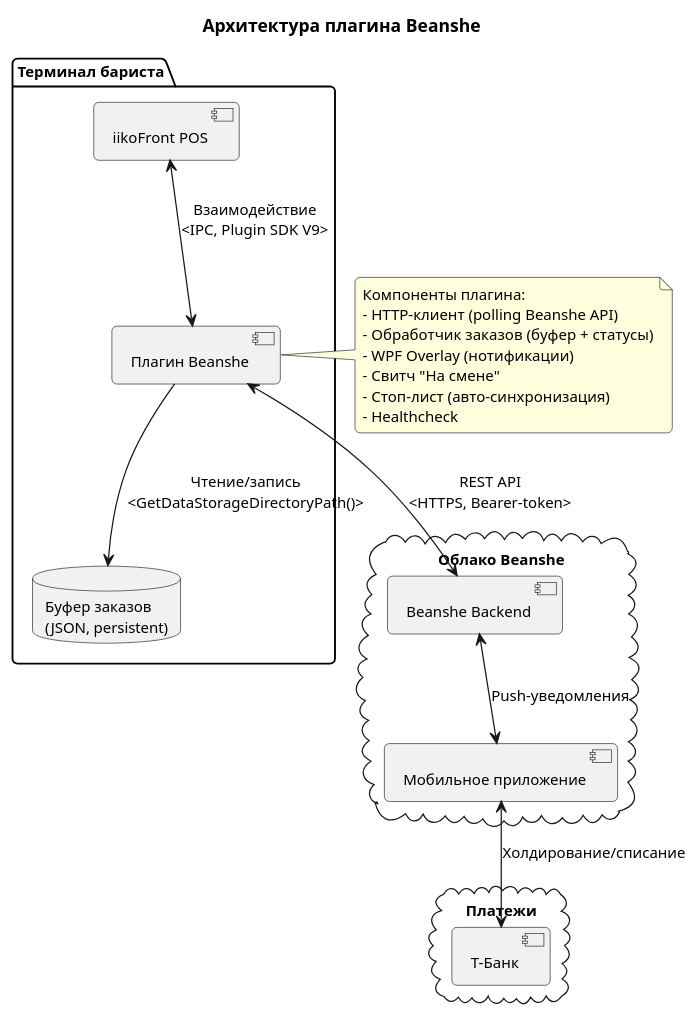
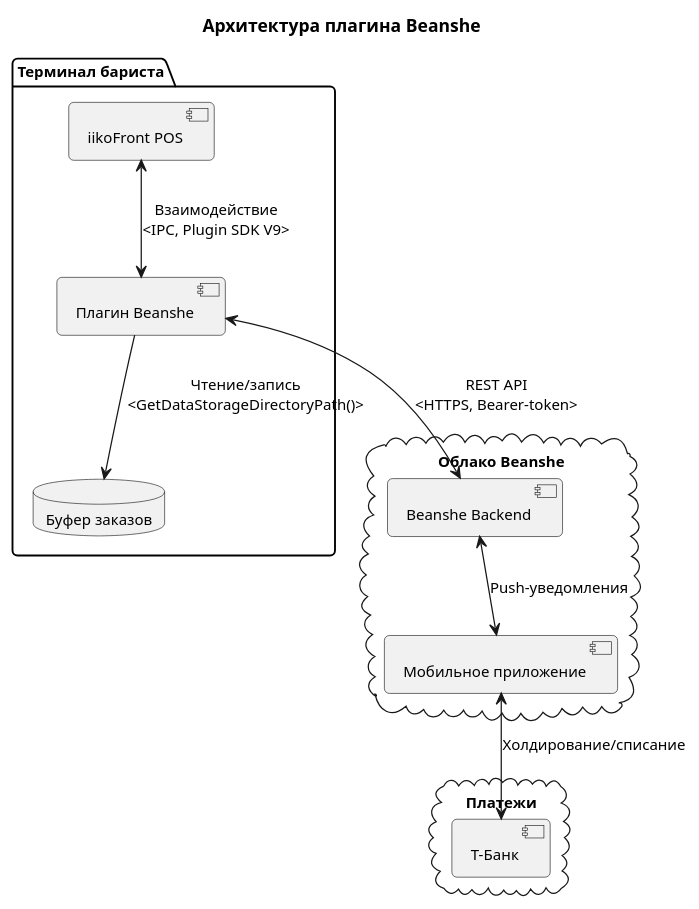
One commit to KirillTyurin21/prototypes changed the first of 10 diagrams in materials/Бинши/Beanshe-спецификация.md. Above: the diagram before and after it, drawn with PlantUML. The commit also changed other lines of this file and 18 other files, not shown here.

Commit message:
feat(sparrow): Этап 6 (стоп-лист) + Этап 7 (форма создания заказа)

````diff
--- a/materials/Бинши/Beanshe-спецификация.md
+++ b/materials/Бинши/Beanshe-спецификация.md
@@ -109,42 +111,33 @@
 ```plantuml
 @startuml целевая-архитектура
 skinparam backgroundColor white
 skinparam defaultFontName "Segoe UI"
 skinparam defaultFontSize 12
 skinparam shadowing false
 skinparam roundcorner 8
 
 title "Архитектура плагина Beanshe"
 
 package "Терминал бариста" {
   [iikoFront POS] as front
   [Плагин Beanshe] as plugin
-  database "Буфер заказов\n(JSON, persistent)" as buffer
+  database "Буфер заказов" as buffer
 }
 
 cloud "Облако Beanshe" {
   [Beanshe Backend] as backend
   [Мобильное приложение] as app
 }
 
 cloud "Платежи" {
   [Т-Банк] as tbank
 }
 
 front <--> plugin : Взаимодействие\n<IPC, Plugin SDK V9>
 plugin --> buffer : Чтение/запись\n<GetDataStorageDirectoryPath()>
 plugin <--> backend : REST API\n<HTTPS, Bearer-token>
 backend <--> app : Push-уведомления
 app <--> tbank : Холдирование/списание
 
-note right of plugin
-  Компоненты плагина:
-  - HTTP-клиент (polling Beanshe API)
-  - Обработчик заказов (буфер + статусы)
-  - WPF Overlay (нотификации)
-  - Свитч "На смене"
-  - Стоп-лист (авто-синхронизация)
-  - Healthcheck
-end note
 @enduml
 ```
````
